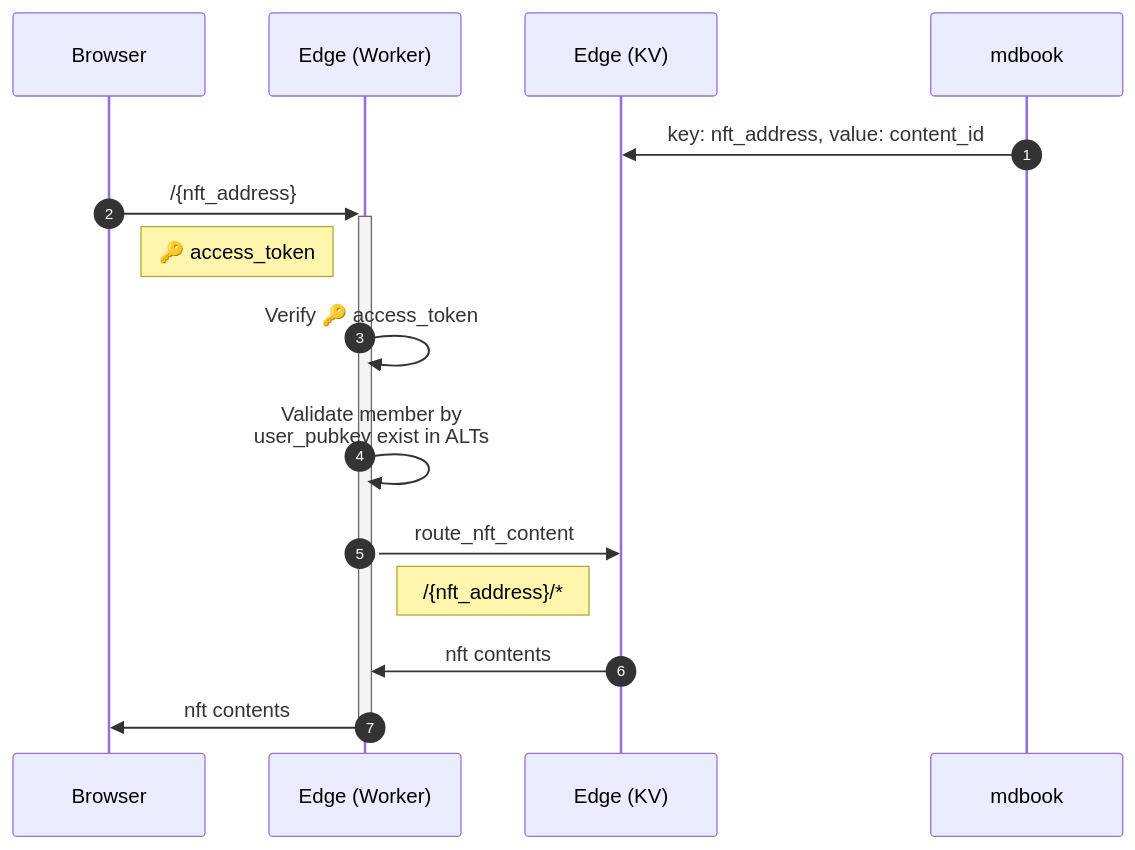
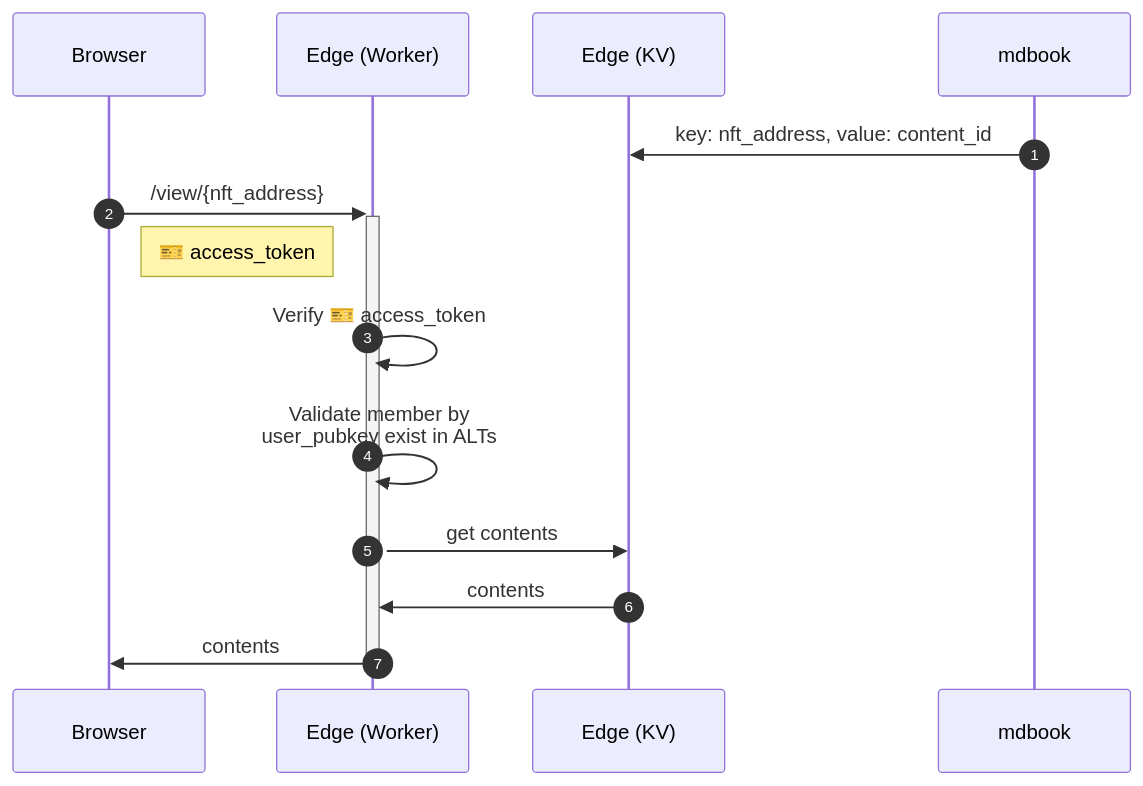
Before and after one commit to gist-rs/book: the fifth of 5 diagrams in src/solana/nft-memberships.md, drawn with Mermaid. The commit also changed other lines of this file and 2 other files, not shown here.

````diff
--- a/src/solana/nft-memberships.md
+++ b/src/solana/nft-memberships.md
@@ -126,17 +130,16 @@
 ```mermaid
 sequenceDiagram
   autonumber
   participant browser as Browser
   participant edge as Edge (Worker)
   participant cf_kv as Edge (KV)
   participant mdbook as mdbook
   mdbook->>cf_kv: key: nft_address, value: content_id
-  browser->>+edge: /{nft_address}
-  Note right of browser: 🔑 access_token
-  edge->>edge: Verify 🔑 access_token
+  browser->>+edge: /view/{nft_address}
+  Note right of browser: 🎫 access_token
+  edge->>edge: Verify 🎫 access_token
   edge->>edge: Validate member by<br>user_pubkey exist in ALTs
-  edge->>cf_kv: route_nft_content
-  Note right of edge: /{nft_address}/*
-  cf_kv->>edge: nft contents
-  edge->>-browser: nft contents
+  edge->>cf_kv: get contents
+  cf_kv->>edge: contents
+  edge->>-browser: contents
 ```
````
